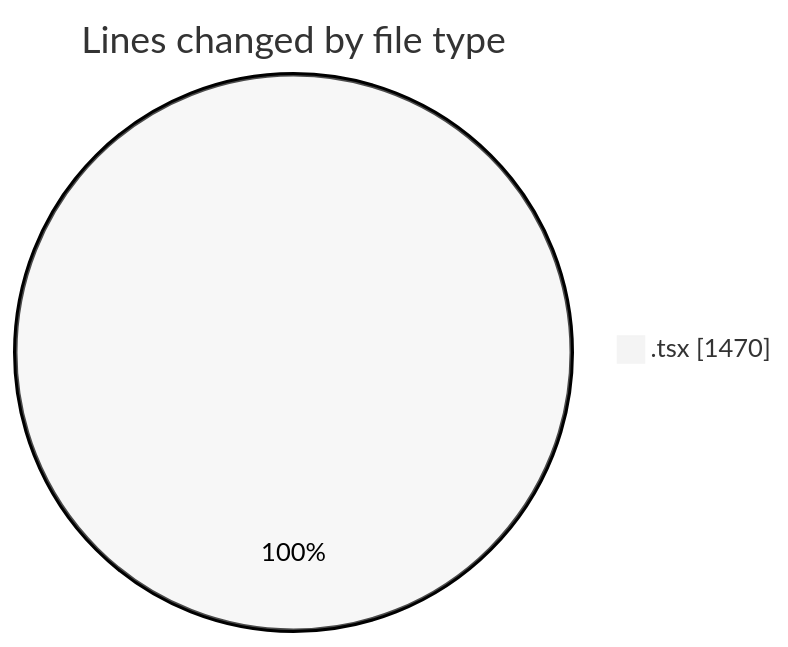
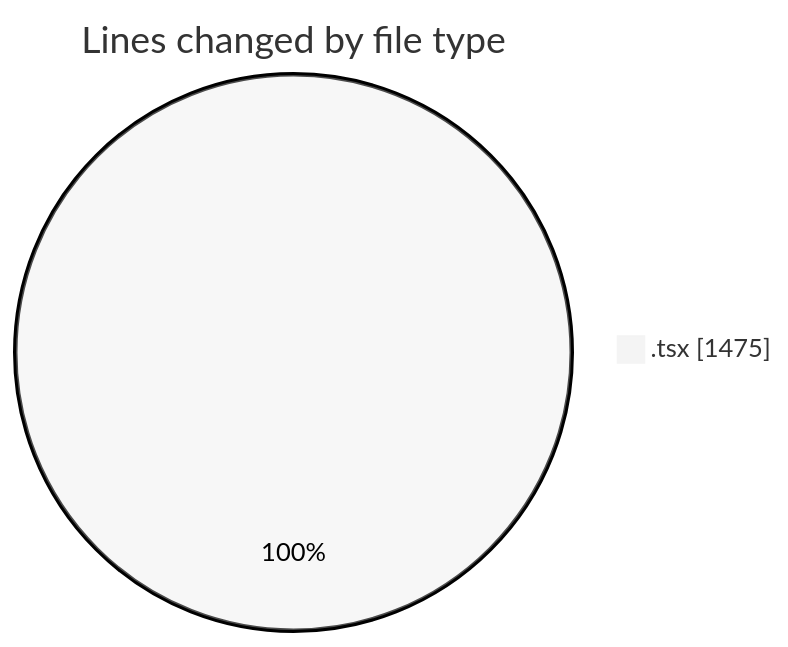
The first of 2 diagrams in 2025-10-10/eventscop-frontend-guide__workspace_/README.md (julien-gomy/code-tracking), drawn with Mermaid (neutral theme) before and after one commit. The commit also changed other lines of this file and 1 other file, not shown here.

````diff
--- a/2025-10-10/eventscop-frontend-guide__workspace_/README.md
+++ b/2025-10-10/eventscop-frontend-guide__workspace_/README.md
@@ -24,5 +24,5 @@
 ```mermaid
 pie showData
 title Lines changed by file type
-".tsx" : 1470
+".tsx" : 1475
 ```
````
